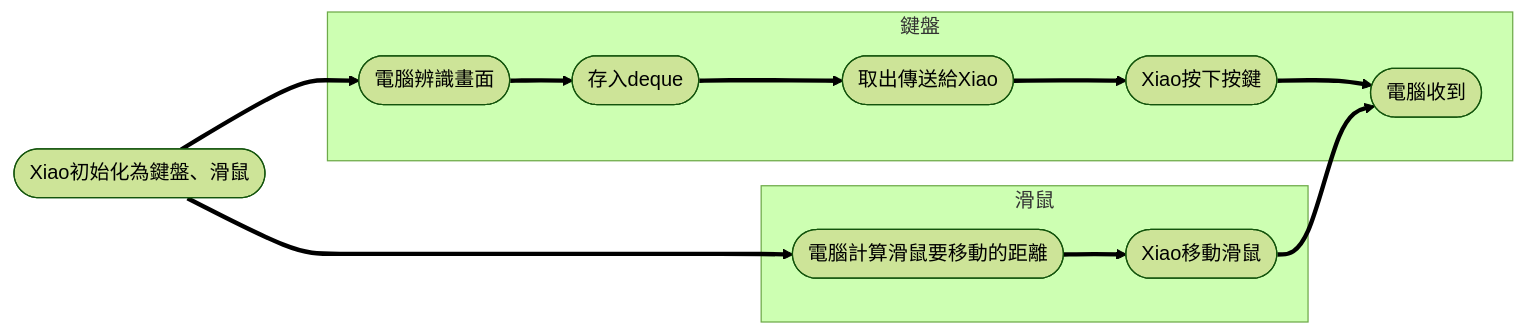
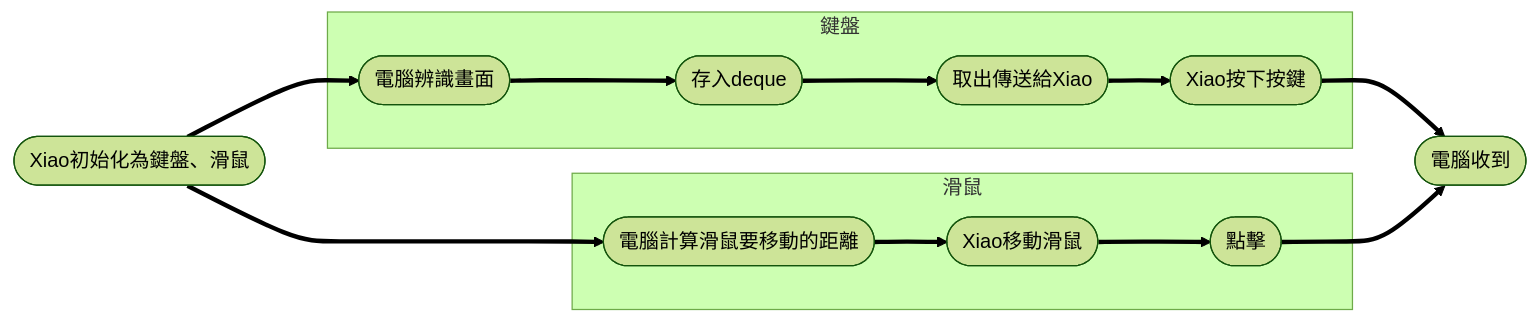
Before and after one commit to abc21086999/maple_script: the diagram in README.md, drawn with Mermaid.

````diff
--- a/README.md
+++ b/README.md
@@ -7,36 +7,40 @@
 ```mermaid
 %%{init: {'theme': 'forest'} }%%
 graph LR;
 
 %% 第一步 
 step1([Xiao初始化為鍵盤、滑鼠])
 
 %% 第二步 []
 step2([電腦辨識畫面])
 
 %% 第三步 []
 step3([存入deque])
 
 %% 第四步 []
 step4([取出傳送給Xiao])
 
 %% 第五步 []
 step5([Xiao按下按鍵])
 
 %% 第六步 []
 step6([電腦收到])
 
 step7([Xiao移動滑鼠])
 
 step8([電腦計算滑鼠要移動的距離])
 
+step9([點擊])
+
 %% 流程線 -->
 step1 ==> step2
 step1 ==> step8
+step5 ==> step6
+step9 ==> step6
 subgraph 鍵盤
-step2 ==> step3 ==> step4 ==> step5 ==> step6 
+step2 ==> step3 ==> step4 ==> step5
 end
 subgraph 滑鼠
-step8 ==> step7 ==> step6
+step8 ==> step7 ==> step9
 end
 ```
````
